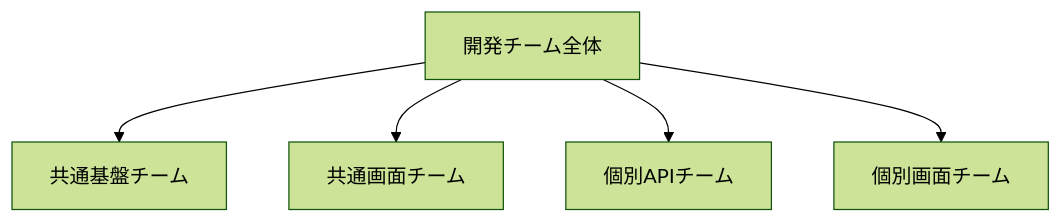
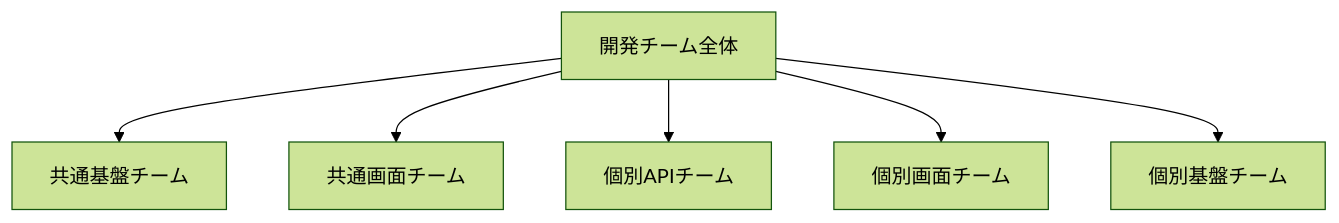
One commit to RyuheiKiso/KisoFramework changed the first of 3 diagrams in docs/00_全体/04_開発チーム体制.md. Above: the diagram before and after it, drawn with Mermaid (forest theme). The commit also changed other lines of this file and 1 other file, not shown here.

````diff
--- a/docs/00_全体/04_開発チーム体制.md
+++ b/docs/00_全体/04_開発チーム体制.md
@@ -17,8 +17,9 @@
 ```mermaid
 graph TD
     A[開発チーム全体]
     A --> B[共通基盤チーム]
     A --> C[共通画面チーム]
     A --> D[個別APIチーム]
     A --> E[個別画面チーム]
+    A --> F[個別基盤チーム]
 ```
````
